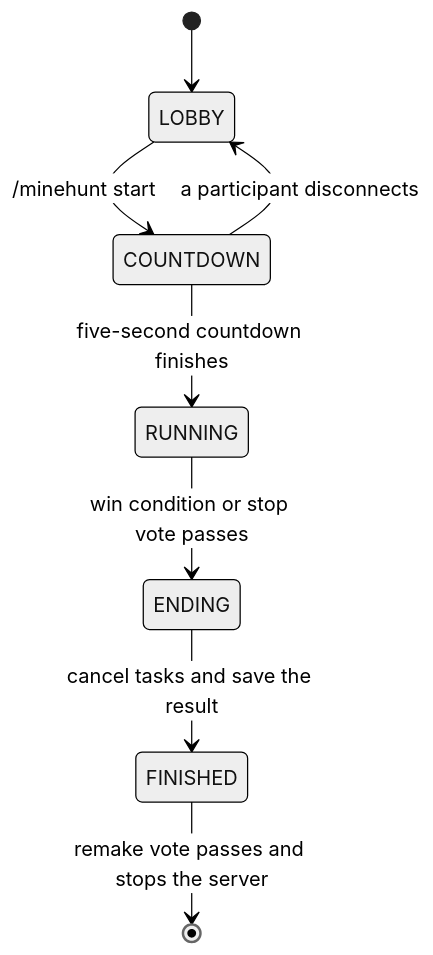
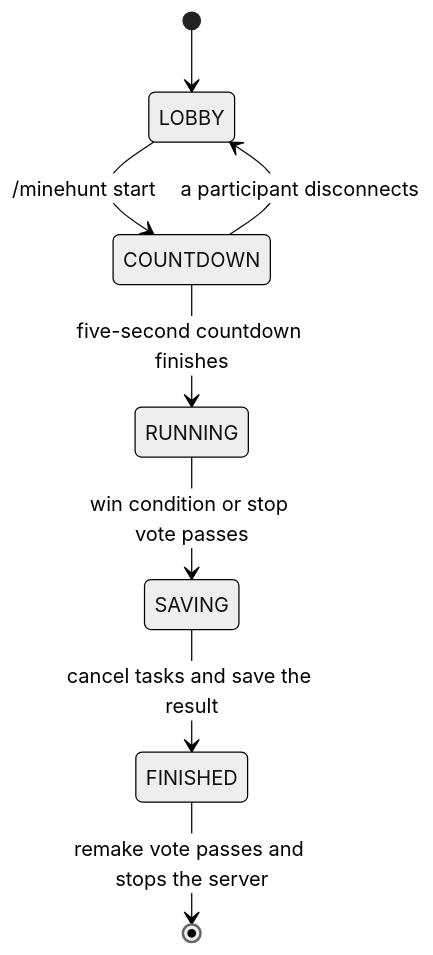
One commit to Fortern/MinehuntF changed the diagram in docs/en-US/README.md. Above: the diagram before and after it, drawn with Mermaid (neutral theme). The commit also changed other lines of this file and 24 other files, not shown here.

````diff
--- a/docs/en-US/README.md
+++ b/docs/en-US/README.md
@@ -11,10 +11,10 @@
 ```mermaid
 stateDiagram-v2
     [*] --> LOBBY
     LOBBY --> COUNTDOWN: /minehunt start
     COUNTDOWN --> LOBBY: a participant disconnects
     COUNTDOWN --> RUNNING: five-second countdown finishes
-    RUNNING --> ENDING: win condition or stop vote passes
-    ENDING --> FINISHED: cancel tasks and save the result
+    RUNNING --> SAVING: win condition or stop vote passes
+    SAVING --> FINISHED: cancel tasks and save the result
     FINISHED --> [*]: remake vote passes and stops the server
 ```
````
